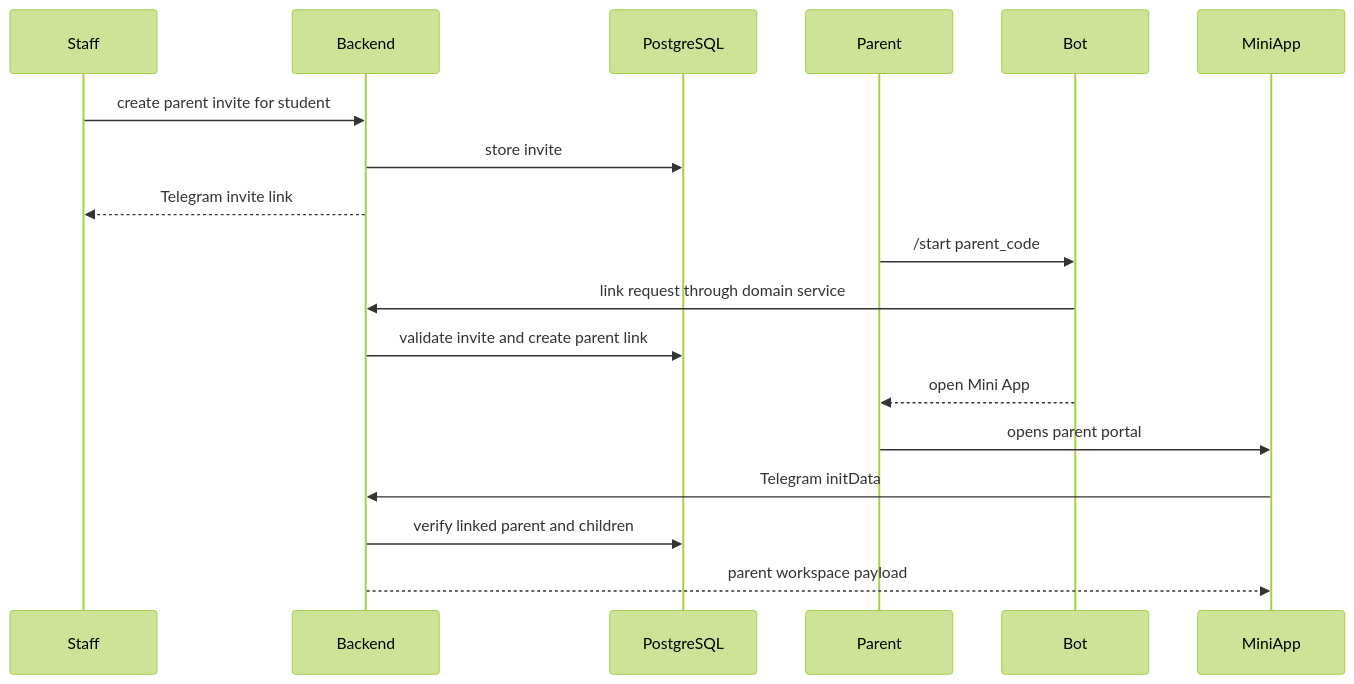
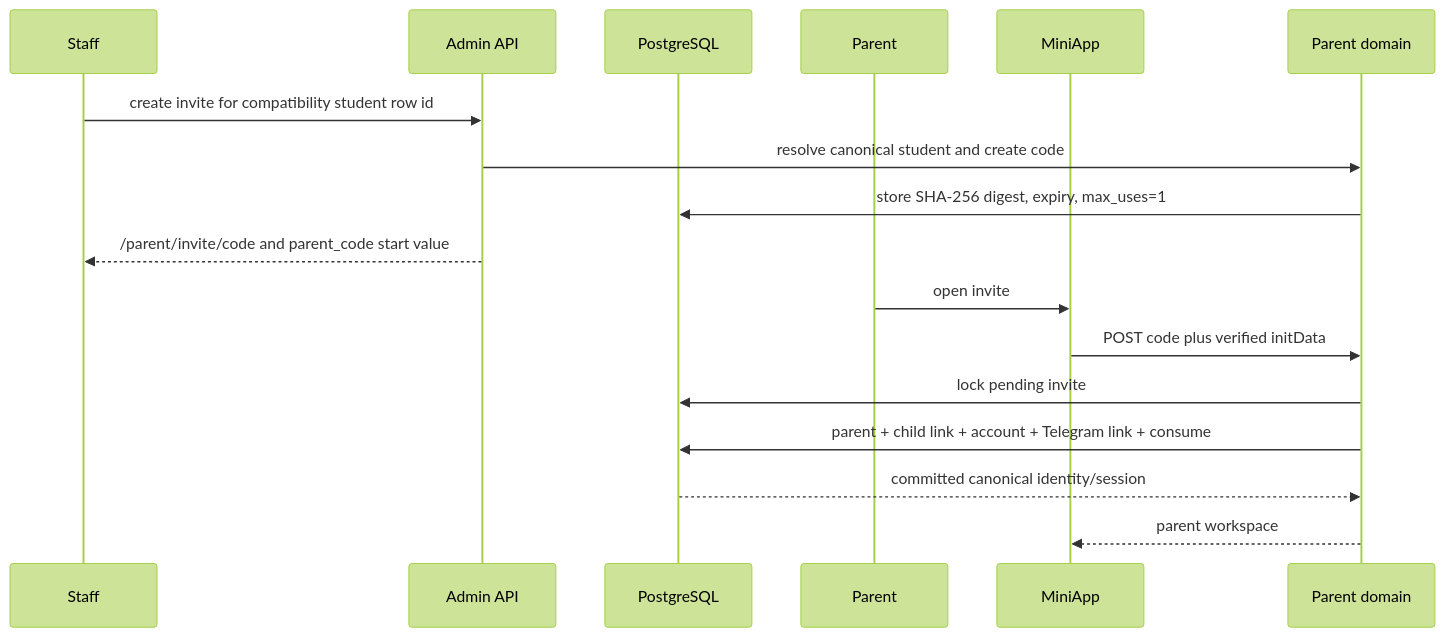
One commit to Khamid22/msischoolbot_v2 changed the second of 2 diagrams in docs/ENGINEERING_TELEGRAM_FLOW.md. Above: the diagram before and after it, drawn with Mermaid (forest theme). The commit also changed other lines of this file and 433 other files, not shown here.

````diff
--- a/docs/ENGINEERING_TELEGRAM_FLOW.md
+++ b/docs/ENGINEERING_TELEGRAM_FLOW.md
@@ -32,21 +46,20 @@
 ```mermaid
 sequenceDiagram
     participant Staff
-    participant Backend
+    participant API as Admin API
     participant DB as PostgreSQL
     participant Parent
-    participant Bot
     participant MiniApp
+    participant Domain as Parent domain
 
-    Staff->>Backend: create parent invite for student
-    Backend->>DB: store invite
-    Backend-->>Staff: Telegram invite link
-    Parent->>Bot: /start parent_code
-    Bot->>Backend: link request through domain service
-    Backend->>DB: validate invite and create parent link
-    Bot-->>Parent: open Mini App
-    Parent->>MiniApp: opens parent portal
-    MiniApp->>Backend: Telegram initData
-    Backend->>DB: verify linked parent and children
-    Backend-->>MiniApp: parent workspace payload
+    Staff->>API: create invite for compatibility student row id
+    API->>Domain: resolve canonical student and create code
+    Domain->>DB: store SHA-256 digest, expiry, max_uses=1
+    API-->>Staff: /parent/invite/code and parent_code start value
+    Parent->>MiniApp: open invite
+    MiniApp->>Domain: POST code plus verified initData
+    Domain->>DB: lock pending invite
+    Domain->>DB: parent + child link + account + Telegram link + consume
+    DB-->>Domain: committed canonical identity/session
+    Domain-->>MiniApp: parent workspace
 ```
````
